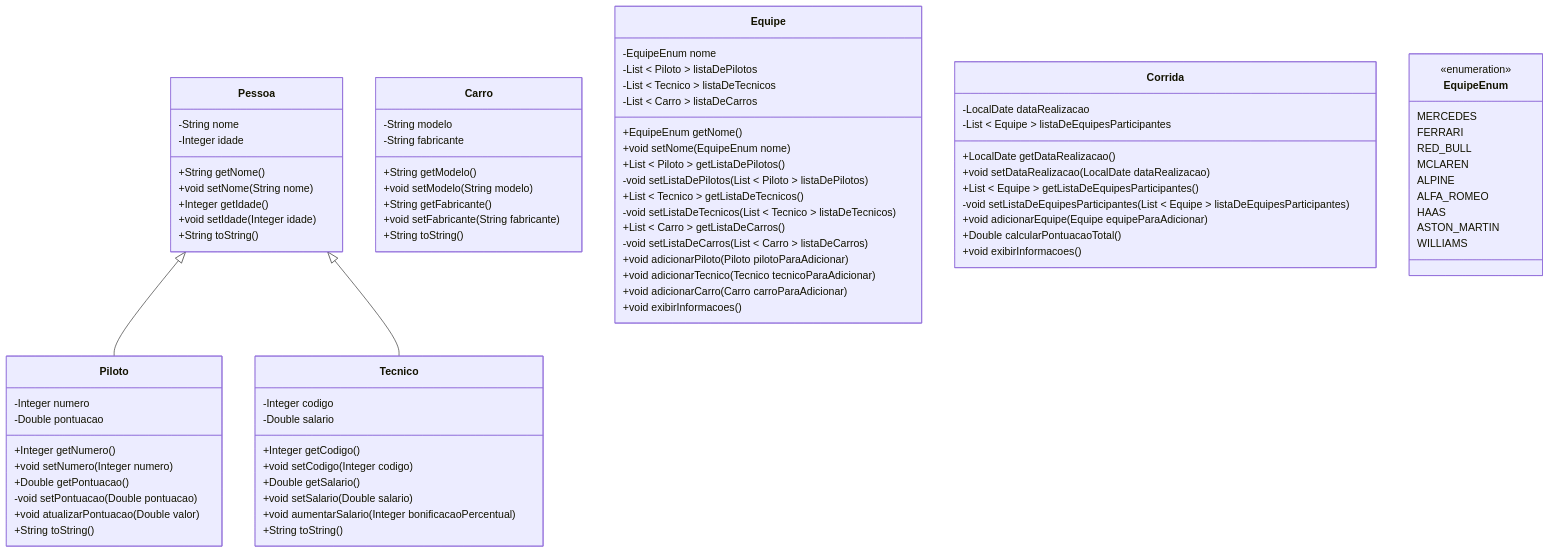
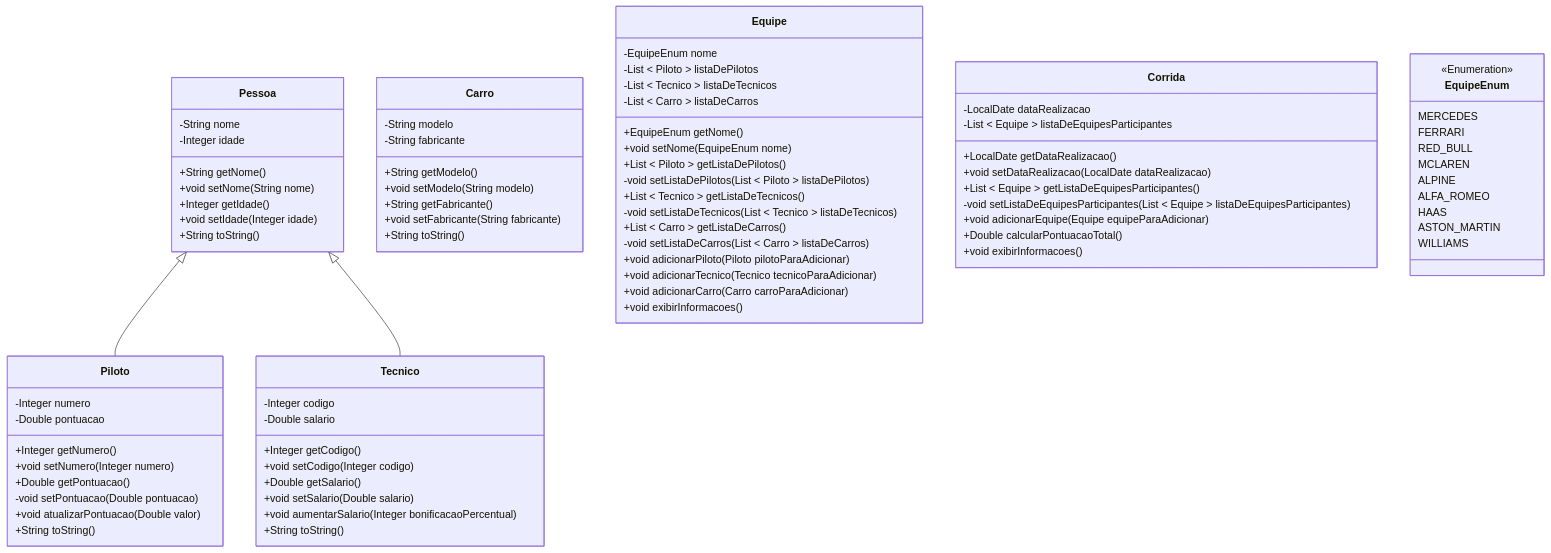
Before and after one commit to heltonricardo/enunciados-exercicios-java: the diagram in exercicio-002/versao-002/README.md, drawn with Mermaid. The commit also changed 1 other file, not shown here.

Commit message:
exercicio 2

```diff
--- a/exercicio-002/versao-002/README.md
+++ b/exercicio-002/versao-002/README.md
@@ -87,7 +87,7 @@
 }
 
 class EquipeEnum {
-  <<enumeration>>
+  <<Enumeration>>
   MERCEDES
   FERRARI
   RED_BULL
```
